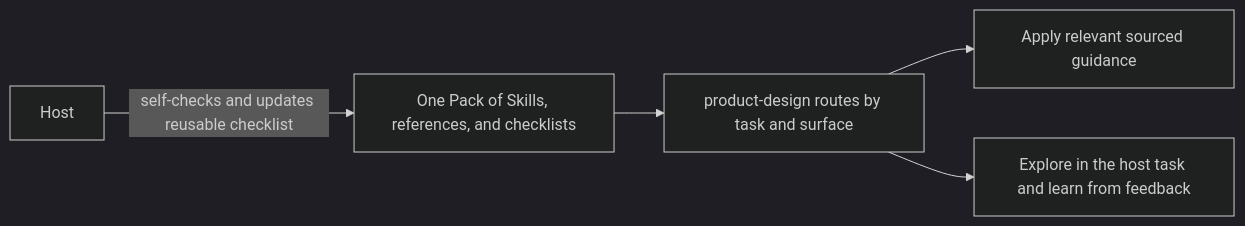
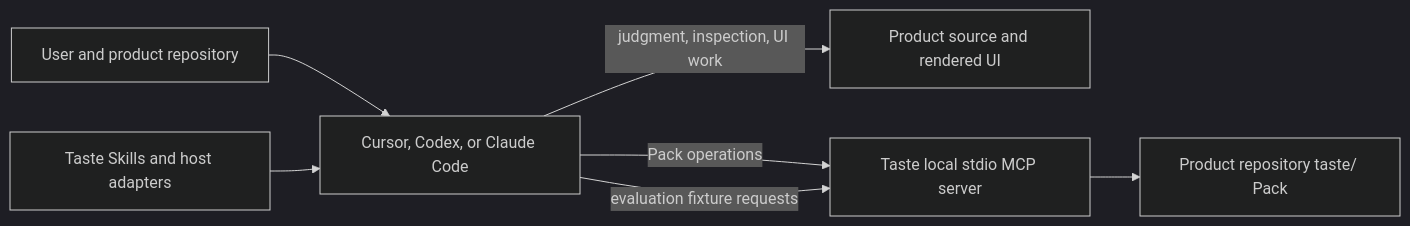
The diagram in docs/engineering.md (gksoriginals/taste), drawn with Mermaid (dark theme) before and after one commit. The commit also changed other lines of this file and 44 other files, not shown here.

````diff
--- a/docs/engineering.md
+++ b/docs/engineering.md
@@ -408,11 +7,9 @@
 ```mermaid
 flowchart LR
-  Pack[One Pack of Skills, references, and checklists]
-  Route[product-design routes by task and surface]
-  Conformance[Apply relevant sourced guidance]
-  Expression[Explore in the host task and learn from feedback]
-  Pack --> Route
-  Route --> Conformance
-  Route --> Expression
-  Host -->|self-checks and updates reusable checklist| Pack
+  User[User and product repository] --> Host[Cursor, Codex, or Claude Code]
+  Plugin[Taste Skills and host adapters] --> Host
+  Host -->|judgment, inspection, UI work| Repo[Product source and rendered UI]
+  Host -->|Pack operations| MCP[Taste local stdio MCP server]
+  MCP --> Pack[Product repository taste/ Pack]
+  Host -->|evaluation fixture requests| MCP
 ```
````
